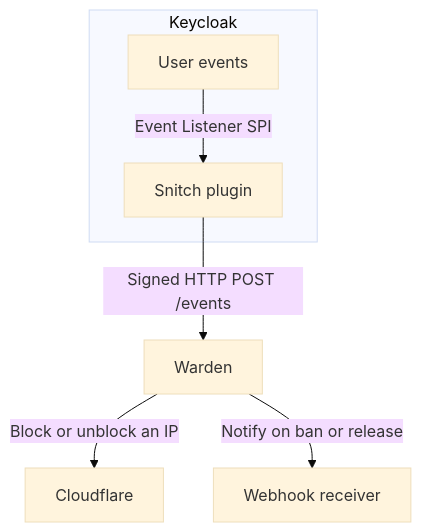
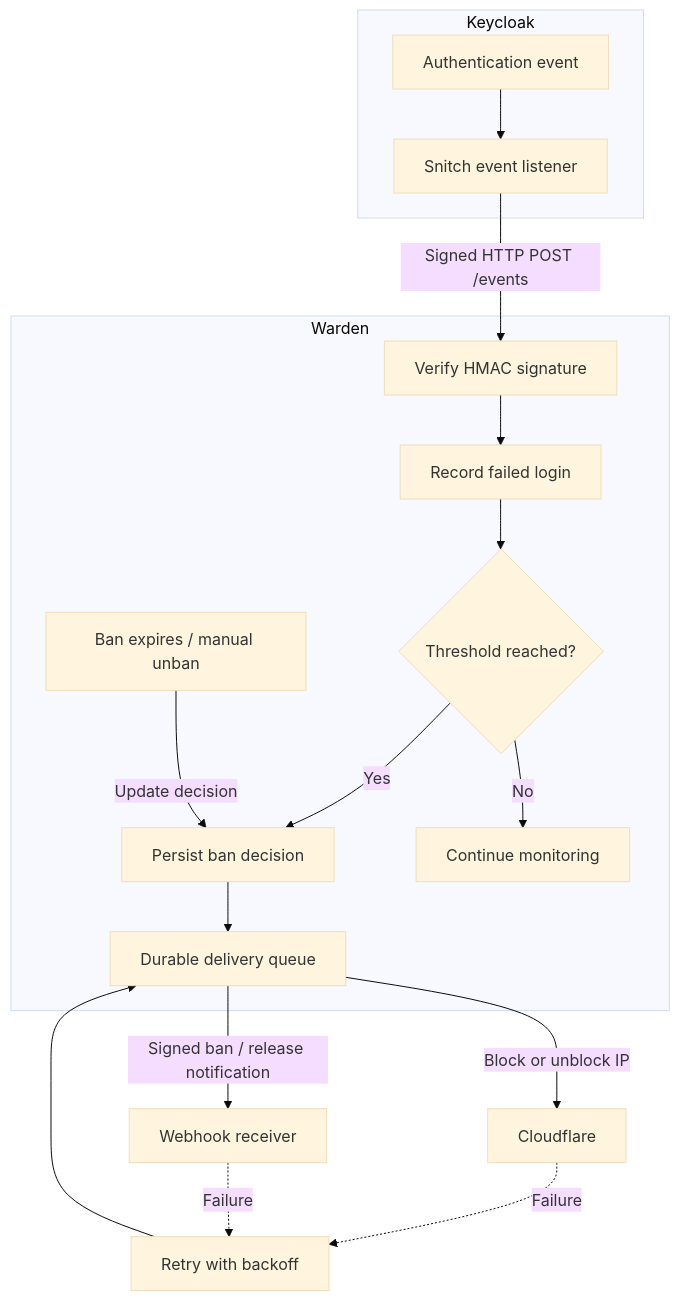
The diagram in README.md (gi8lino/keycloak-warden), drawn with Mermaid (base theme) before and after one commit. The commit also changed other lines of this file, not shown here.

````diff
--- a/README.md
+++ b/README.md
@@ -5,9 +7,33 @@
 ```mermaid
 flowchart TD
     subgraph K["Keycloak"]
-        E["User events"] -->|Event Listener SPI| S["Snitch plugin"]
+        E["Authentication event"]
+        S["Snitch event listener"]
+        E --> S
     end
-    S -->|Signed HTTP POST /events| W["Warden"]
-    W -->|Block or unblock an IP| C["Cloudflare"]
-    W -->|Notify on ban or release| H["Webhook receiver"]
+
+    subgraph W["Warden"]
+        V["Verify HMAC signature"]
+        F["Record failed login"]
+        T{"Threshold reached?"}
+        B["Persist ban decision"]
+        Q["Durable delivery queue"]
+        X["Ban expires / manual unban"]
+
+        V --> F
+        F --> T
+        T -->|Yes| B
+        T -->|No| N["Continue monitoring"]
+        B --> Q
+        X -->|Update decision| B
+    end
+
+    S -->|Signed HTTP POST /events| V
+
+    Q -->|Block or unblock IP| C["Cloudflare"]
+    Q -->|Signed ban / release notification| H["Webhook receiver"]
+
+    C -.->|Failure| R["Retry with backoff"]
+    H -.->|Failure| R
+    R --> Q
 ```
````
